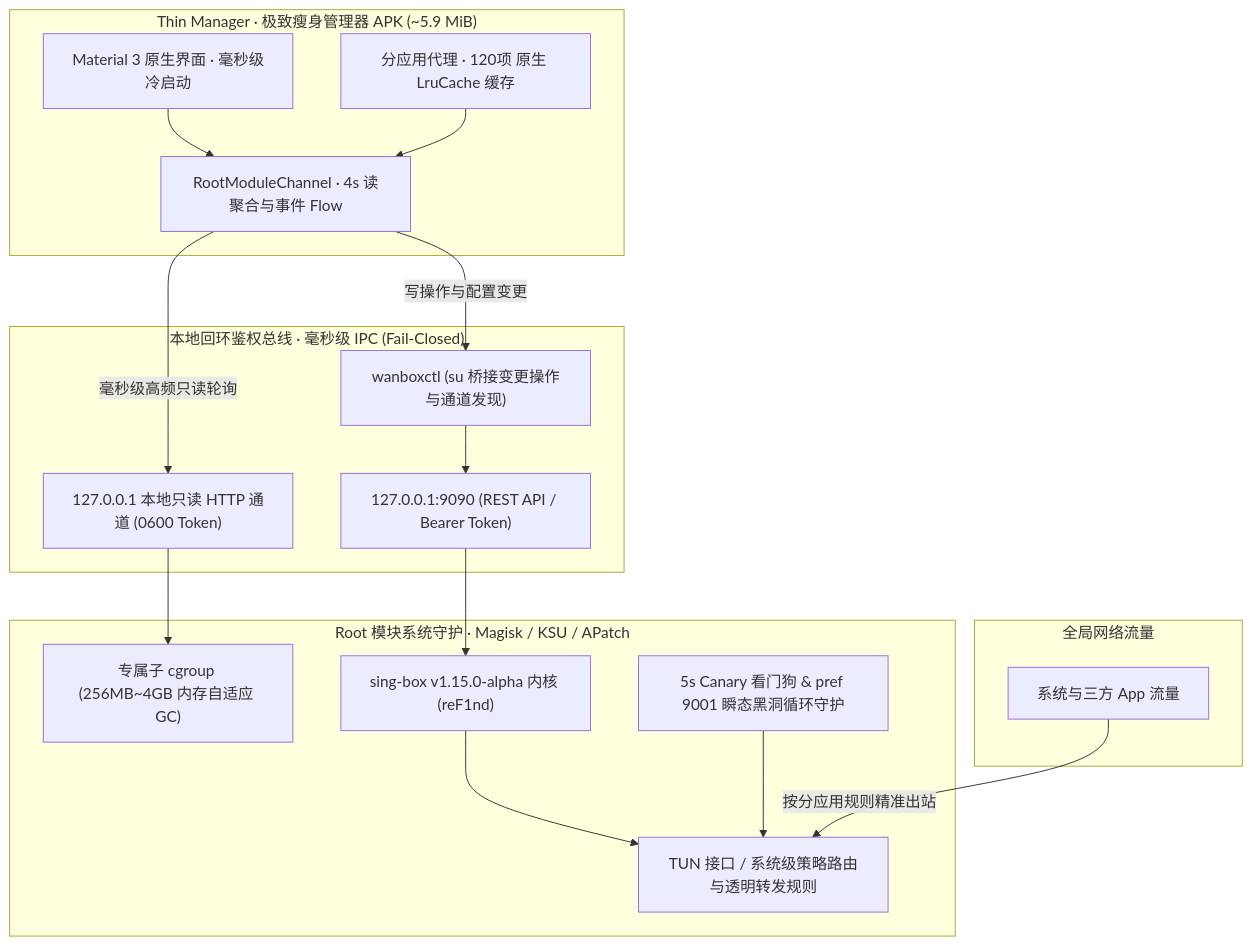
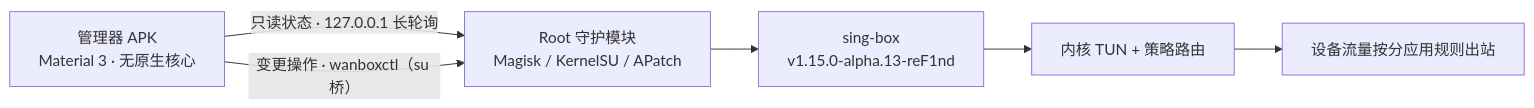
One commit to Wuwan94/wanBoxForAndroid changed the diagram in README.md. Above: the diagram before and after it, drawn with Mermaid. The commit also changed other lines of this file, not shown here.

````diff
--- a/README.md
+++ b/README.md
@@ -79,36 +81,8 @@
 ```mermaid
-graph TD
-    subgraph UI["Thin Manager · 极致瘦身管理器 APK (~5.9 MiB)"]
-        Activity["Material 3 原生界面 · 毫秒级冷启动"]
-        AppList["分应用代理 · 120项 原生 LruCache 缓存"]
-        ChannelClient["RootModuleChannel · 4s 读聚合与事件 Flow"]
-    end
-
-    subgraph Loopback["本地回环鉴权总线 · 毫秒级 IPC (Fail-Closed)"]
-        REST["127.0.0.1:9090 (REST API / Bearer Token)"]
-        Channel["127.0.0.1 本地只读 HTTP 通道 (0600 Token)"]
-        Wanboxctl["wanboxctl (su 桥接变更操作与通道发现)"]
-    end
-
-    subgraph CoreDaemon["Root 模块系统守护 · Magisk / KSU / APatch"]
-        Cgroup["专属子 cgroup (256MB~4GB 内存自适应 GC)"]
-        Daemon["sing-box v1.15.0-alpha 内核 (reF1nd)"]
-        Guard["5s Canary 看门狗 & pref 9001 瞬态黑洞循环守护"]
-        Route["TUN 接口 / 系统级策略路由与透明转发规则"]
-    end
-
-    subgraph Traffic["全局网络流量"]
-        SystemTraffic["系统与三方 App 流量"]
-    end
-
-    Activity --> ChannelClient
-    AppList --> ChannelClient
-    ChannelClient -->|毫秒级高频只读轮询| Channel
-    ChannelClient -->|写操作与配置变更| Wanboxctl
-    Channel --> Cgroup
-    Wanboxctl --> REST
-    REST --> Daemon
-    Daemon --> Route
-    Guard --> Route
-    SystemTraffic -->|按分应用规则精准出站| Route
+flowchart LR
+    M["管理器 APK<br/>Material 3 · 无原生核心"] -->|"只读状态 · 127.0.0.1 长轮询"| G
+    M -->|"变更操作 · wanboxctl（su 桥）"| G
+    G["Root 守护模块<br/>Magisk / KernelSU / APatch"] --> K["sing-box<br/>v1.15.0-alpha.13-reF1nd"]
+    K --> R["内核 TUN + 策略路由"]
+    R --> N["设备流量按分应用规则出站"]
 ```
````
